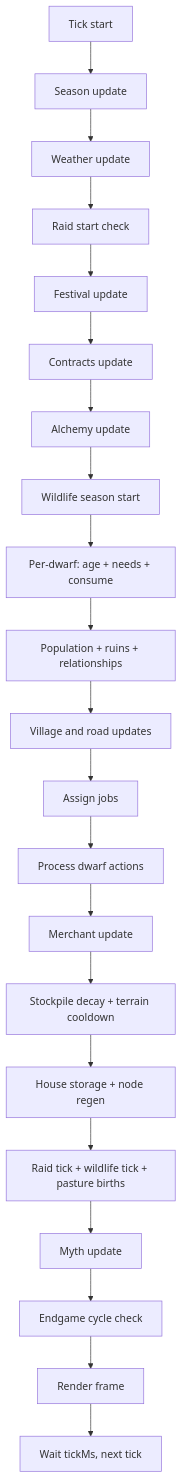
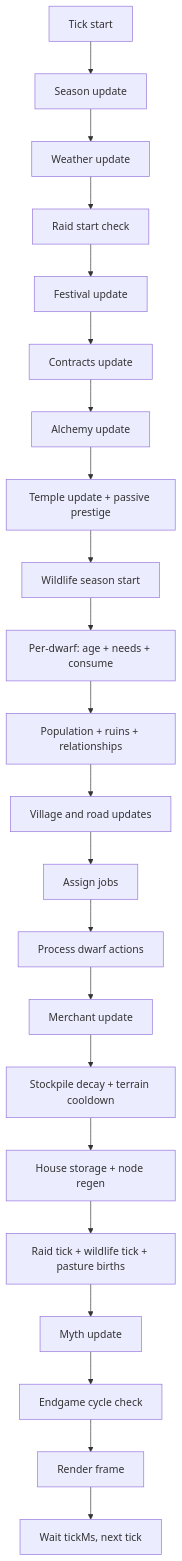
One commit to Gladiak/nodeDwarves changed the diagram in MANUAL.md. Above: the diagram before and after it, drawn with Mermaid. The commit also changed other lines of this file and 22 other files, not shown here.

Commit message:
add Dwarf Temple of Ancestors

````diff
--- a/MANUAL.md
+++ b/MANUAL.md
@@ -138,23 +139,24 @@
 ```mermaid
 flowchart TD
   A[Tick start] --> B[Season update]
   B --> C[Weather update]
   C --> D[Raid start check]
   D --> E[Festival update]
   E --> F[Contracts update]
   F --> G[Alchemy update]
-  G --> H[Wildlife season start]
-  H --> I[Per-dwarf: age + needs + consume]
-  I --> J[Population + ruins + relationships]
-  J --> K[Village and road updates]
-  K --> L[Assign jobs]
-  L --> M[Process dwarf actions]
-  M --> N[Merchant update]
-  N --> O[Stockpile decay + terrain cooldown]
-  O --> P[House storage + node regen]
-  P --> Q[Raid tick + wildlife tick + pasture births]
-  Q --> R[Myth update]
-  R --> S[Endgame cycle check]
-  S --> T[Render frame]
-  T --> U[Wait tickMs, next tick]
+  G --> H[Temple update + passive prestige]
+  H --> I[Wildlife season start]
+  I --> J[Per-dwarf: age + needs + consume]
+  J --> K[Population + ruins + relationships]
+  K --> L[Village and road updates]
+  L --> M[Assign jobs]
+  M --> N[Process dwarf actions]
+  N --> O[Merchant update]
+  O --> P[Stockpile decay + terrain cooldown]
+  P --> Q[House storage + node regen]
+  Q --> R[Raid tick + wildlife tick + pasture births]
+  R --> S[Myth update]
+  S --> T[Endgame cycle check]
+  T --> U[Render frame]
+  U --> V[Wait tickMs, next tick]
 ```
````
